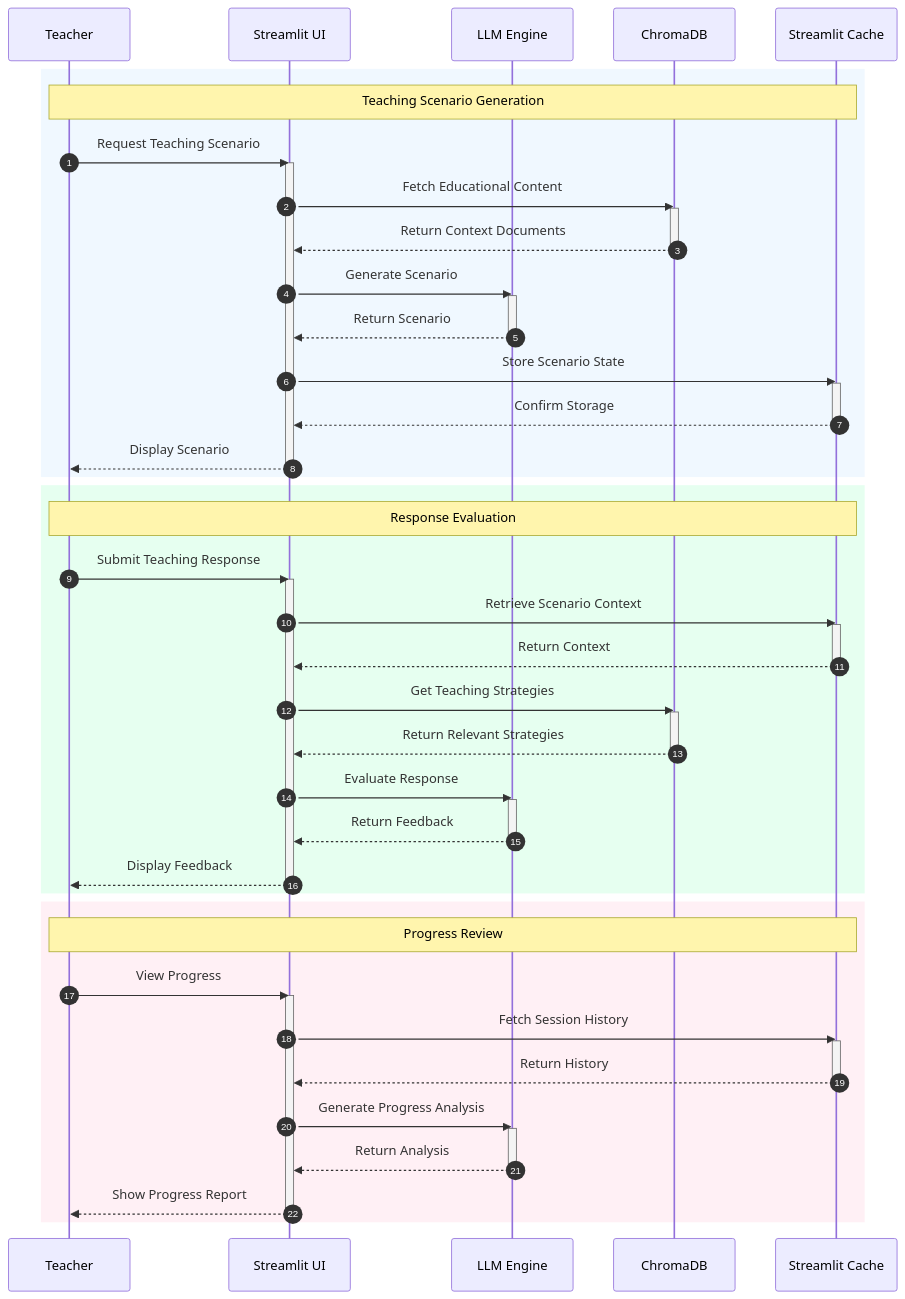
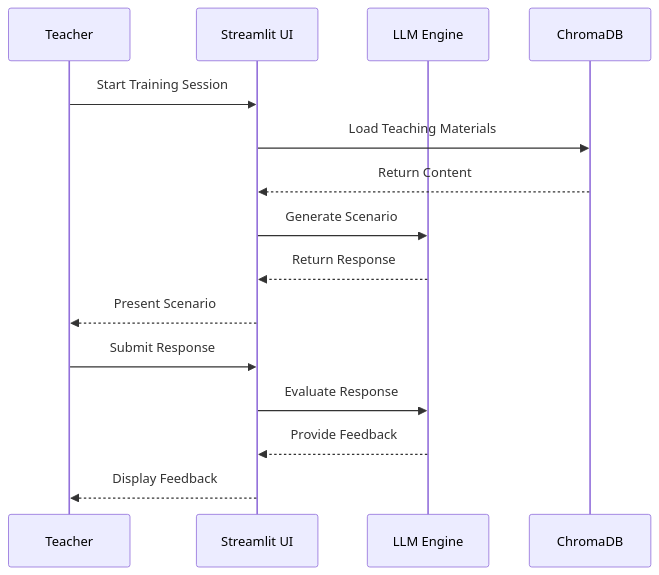
Before and after one commit to valyrian24052/Gyan-Setu: the diagram in UTTA.wiki/Architecture-Guide.md, drawn with Mermaid. The commit also changed other lines of this file, not shown here.

First line of the commit message:
Refactor Architecture Guide with Simplified Design and Flow

````diff
--- a/UTTA.wiki/Architecture-Guide.md
+++ b/UTTA.wiki/Architecture-Guide.md
@@ -9,79 +9,19 @@
 ```mermaid
 sequenceDiagram
-    autonumber
     participant T as Teacher
-    participant ST as Streamlit UI
+    participant UI as Streamlit UI
     participant LLM as LLM Engine
     participant DB as ChromaDB
-    participant Cache as Streamlit Cache
     
-    rect rgb(240, 248, 255)
-        Note over T,Cache: Teaching Scenario Generation
-        
-        T->>ST: Request Teaching Scenario
-        activate ST
-        
-        ST->>DB: Fetch Educational Content
-        activate DB
-        DB-->>ST: Return Context Documents
-        deactivate DB
-        
-        ST->>LLM: Generate Scenario
-        activate LLM
-        LLM-->>ST: Return Scenario
-        deactivate LLM
-        
-        ST->>Cache: Store Scenario State
-        activate Cache
-        Cache-->>ST: Confirm Storage
-        deactivate Cache
-        
-        ST-->>T: Display Scenario
-        deactivate ST
-    end
-    
-    rect rgb(230, 255, 240)
-        Note over T,Cache: Response Evaluation
-        
-        T->>ST: Submit Teaching Response
-        activate ST
-        
-        ST->>Cache: Retrieve Scenario Context
-        activate Cache
-        Cache-->>ST: Return Context
-        deactivate Cache
-        
-        ST->>DB: Get Teaching Strategies
-        activate DB
-        DB-->>ST: Return Relevant Strategies
-        deactivate DB
-        
-        ST->>LLM: Evaluate Response
-        activate LLM
-        LLM-->>ST: Return Feedback
-        deactivate LLM
-        
-        ST-->>T: Display Feedback
-        deactivate ST
-    end
-    
-    rect rgb(255, 240, 245)
-        Note over T,Cache: Progress Review
-        
-        T->>ST: View Progress
-        activate ST
-        
-        ST->>Cache: Fetch Session History
-        activate Cache
-        Cache-->>ST: Return History
-        deactivate Cache
-        
-        ST->>LLM: Generate Progress Analysis
-        activate LLM
-        LLM-->>ST: Return Analysis
-        deactivate LLM
-        
-        ST-->>T: Show Progress Report
-        deactivate ST
-    end
+    T->>UI: Start Training Session
+    UI->>DB: Load Teaching Materials
+    DB-->>UI: Return Content
+    UI->>LLM: Generate Scenario
+    LLM-->>UI: Return Response
+    UI-->>T: Present Scenario
+
+    T->>UI: Submit Response
+    UI->>LLM: Evaluate Response
+    LLM-->>UI: Provide Feedback
+    UI-->>T: Display Feedback
 ```
````
